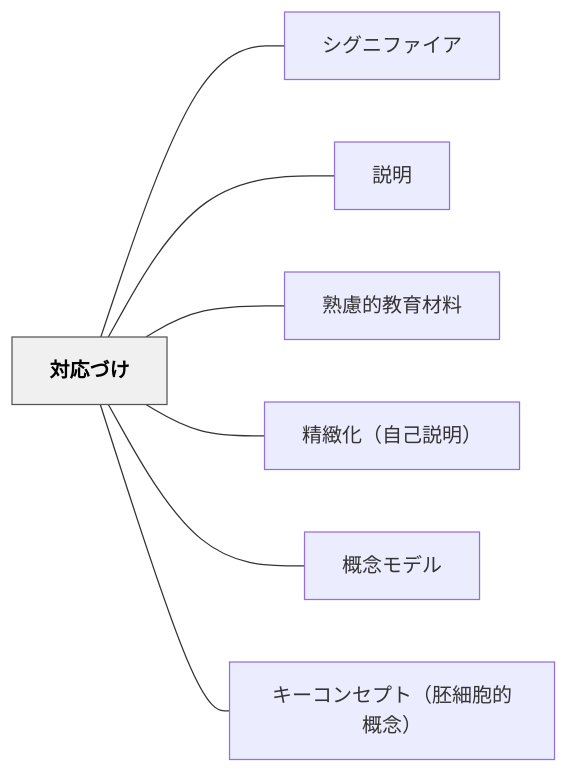
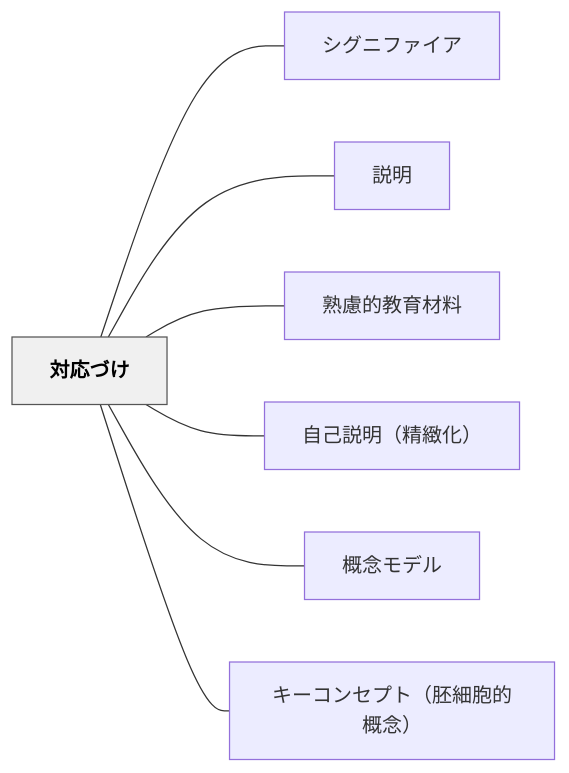
The diagram in content/パタン/対応づけ.md (unknownthings-ed-patterns/unknownthings-ed-patterns), drawn with Mermaid before and after one commit. The commit also changed other lines of this file and 19 other files, not shown here.

````diff
--- a/content/パタン/対応づけ.md
+++ b/content/パタン/対応づけ.md
@@ -47,20 +47,20 @@
 ```mermaid
 flowchart LR
     ne5afbee5bf9ce381a5e38191["対応づけ"]
     ne382b7e382b0e3838be38395e382a1e382a4e382a2["シグニファイア"]
     ne8aaace6988e["説明"]
     ne7869fe685aee79a84e69599e882b2e69d90e69699["熟慮的教育材料"]
-    ne7b2bee7b7bbe58c96efbc88e887aae5b7b1e8aaace6988eefbc89["精緻化（自己説明）"]
+    ne887aae5b7b1e8aaace6988eefbc88e7b2bee7b7bbe58c96efbc89["自己説明（精緻化）"]
     ne6a682e5bfb5e383a2e38387e383ab["概念モデル"]
     ne382ade383bce382b3e383b3e382bbe38397e38388efbc88e8839ae7b4b0e8839ee79a84e6a682e5bfb5efbc89["キーコンセプト（胚細胞的概念）"]
 
     ne5afbee5bf9ce381a5e38191 --- ne382b7e382b0e3838be38395e382a1e382a4e382a2
     ne5afbee5bf9ce381a5e38191 --- ne8aaace6988e
     ne5afbee5bf9ce381a5e38191 --- ne7869fe685aee79a84e69599e882b2e69d90e69699
-    ne5afbee5bf9ce381a5e38191 --- ne7b2bee7b7bbe58c96efbc88e887aae5b7b1e8aaace6988eefbc89
+    ne5afbee5bf9ce381a5e38191 --- ne887aae5b7b1e8aaace6988eefbc88e7b2bee7b7bbe58c96efbc89
     ne5afbee5bf9ce381a5e38191 --- ne6a682e5bfb5e383a2e38387e383ab
     ne5afbee5bf9ce381a5e38191 --- ne382ade383bce382b3e383b3e382bbe38397e38388efbc88e8839ae7b4b0e8839ee79a84e6a682e5bfb5efbc89
 
     classDef hub fill:#f0f0f0,stroke:#555,color:#000,font-weight:bold
     class ne5afbee5bf9ce381a5e38191 hub
 ```
````
